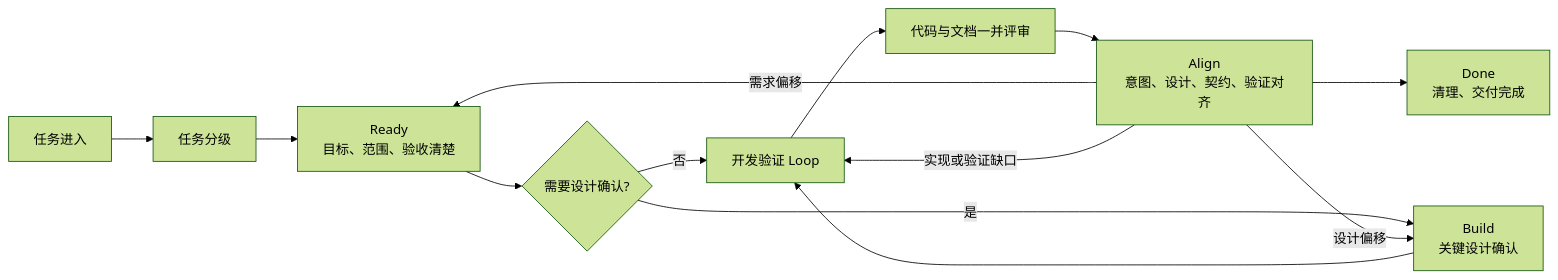
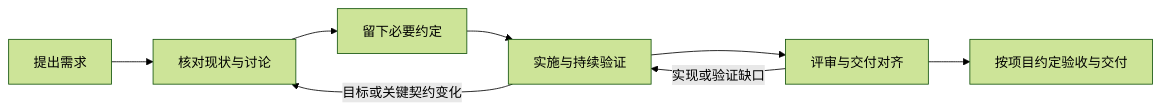
Before and after one commit to YIMO691/Workflow-SOP: the diagram in README.md, drawn with Mermaid (forest theme). The commit also changed other lines of this file and 72 other files, not shown here.

````diff
--- a/README.md
+++ b/README.md
@@ -50,15 +30,10 @@
 ```mermaid
 flowchart LR
-    A[任务进入] --> B[任务分级]
-    B --> C[Ready<br/>目标、范围、验收清楚]
-    C --> D{需要设计确认?}
-    D -- 否 --> E[开发验证 Loop]
-    D -- 是 --> F[Build<br/>关键设计确认]
-    F --> E
-    E --> G[代码与文档一并评审]
-    G --> H[Align<br/>意图、设计、契约、验证对齐]
-    H --> I[Done<br/>清理、交付完成]
-    H -- 需求偏移 --> C
-    H -- 设计偏移 --> F
-    H -- 实现或验证缺口 --> E
+    A[提出需求] --> B[核对现状与讨论]
+    B --> C[留下必要约定]
+    C --> D[实施与持续验证]
+    D --> E[评审与交付对齐]
+    E --> F[按项目约定验收与交付]
+    E -->|实现或验证缺口| D
+    D -->|目标或关键契约变化| B
 ```
````
